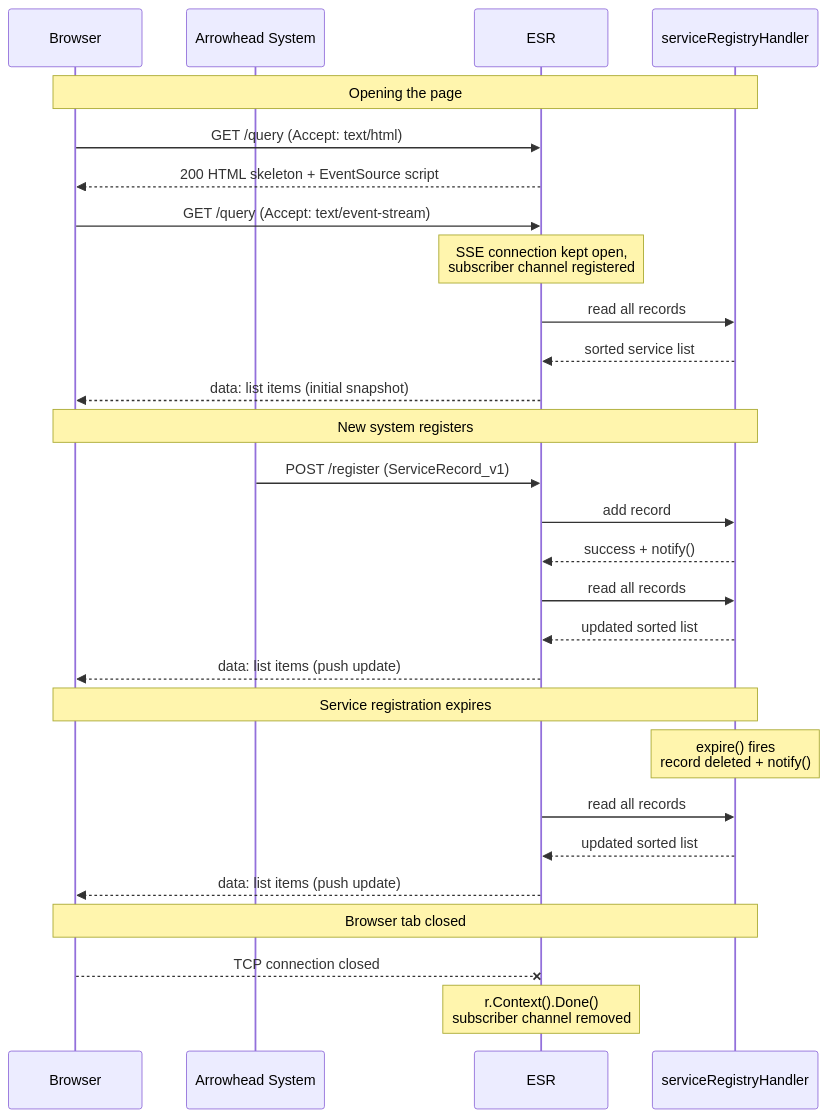
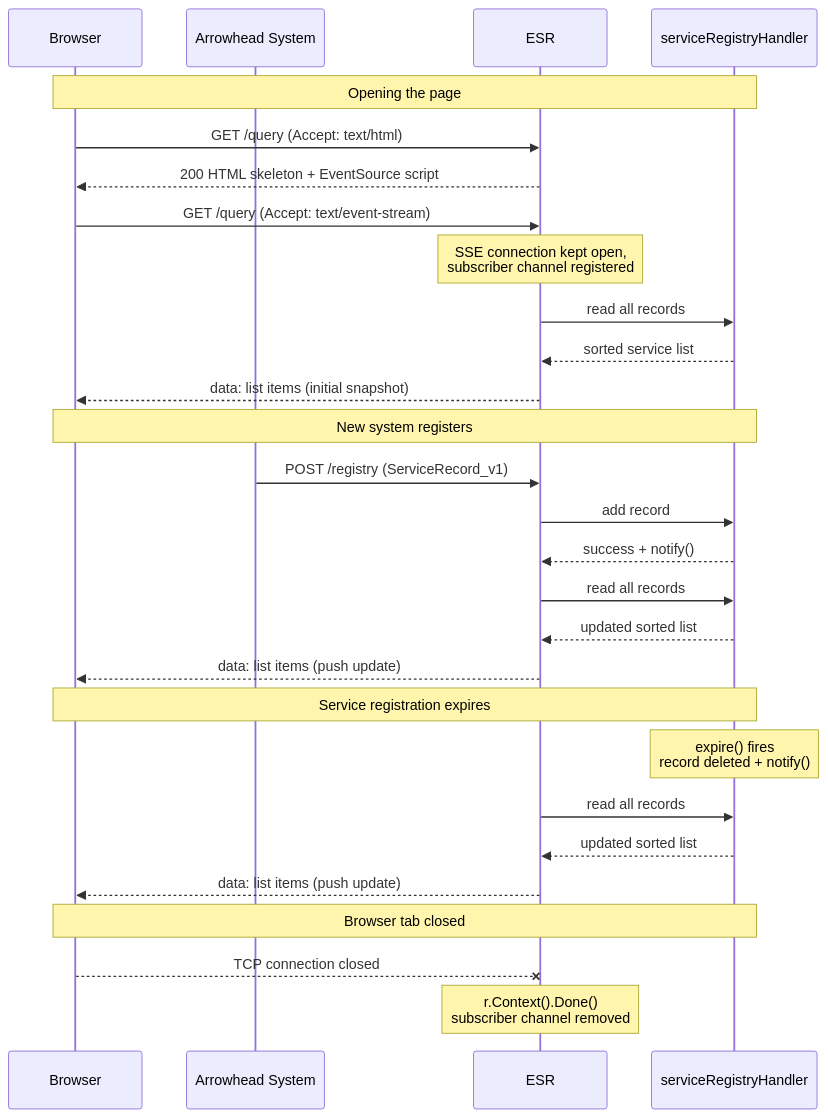
One commit to sdoque/systems changed the second of 2 diagrams in esr/README.md. Above: the diagram before and after it, drawn with Mermaid. The commit also changed other lines of this file and 4 other files, not shown here.

````diff
--- a/esr/README.md
+++ b/esr/README.md
@@ -78,39 +78,39 @@
 ```mermaid
 sequenceDiagram
     participant Browser
     participant System as Arrowhead System
     participant ESR
     participant Registry as serviceRegistryHandler
 
     Note over Browser,Registry: Opening the page
 
     Browser->>ESR: GET /query (Accept: text/html)
     ESR-->>Browser: 200 HTML skeleton + EventSource script
 
     Browser->>ESR: GET /query (Accept: text/event-stream)
     Note over ESR: SSE connection kept open,<br/>subscriber channel registered
     ESR->>Registry: read all records
     Registry-->>ESR: sorted service list
     ESR-->>Browser: data: list items (initial snapshot)
 
     Note over Browser,Registry: New system registers
 
-    System->>ESR: POST /register (ServiceRecord_v1)
+    System->>ESR: POST /registry (ServiceRecord_v1)
     ESR->>Registry: add record
     Registry-->>ESR: success + notify()
     ESR->>Registry: read all records
     Registry-->>ESR: updated sorted list
     ESR-->>Browser: data: list items (push update)
 
     Note over Browser,Registry: Service registration expires
 
     Note over Registry: expire() fires<br/>record deleted + notify()
     ESR->>Registry: read all records
     Registry-->>ESR: updated sorted list
     ESR-->>Browser: data: list items (push update)
 
     Note over Browser,Registry: Browser tab closed
 
     Browser--xESR: TCP connection closed
     Note over ESR: r.Context().Done()<br/>subscriber channel removed
 ```
````
